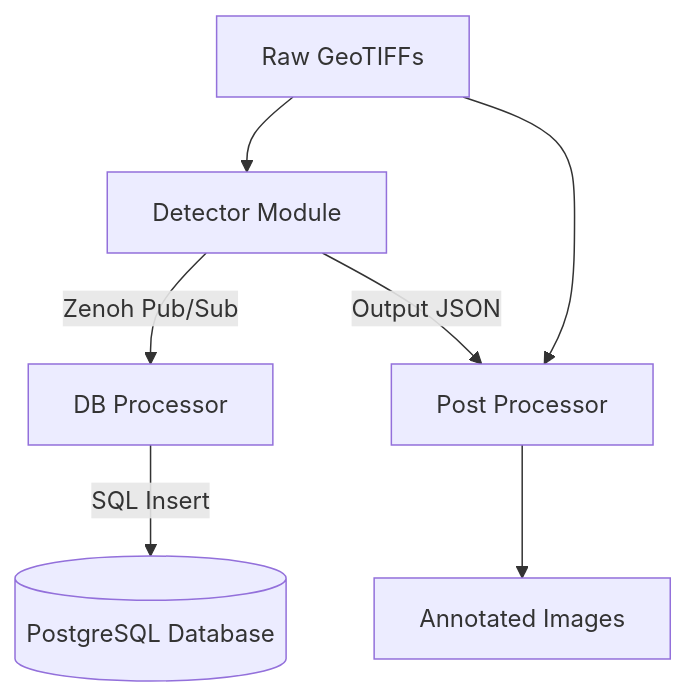
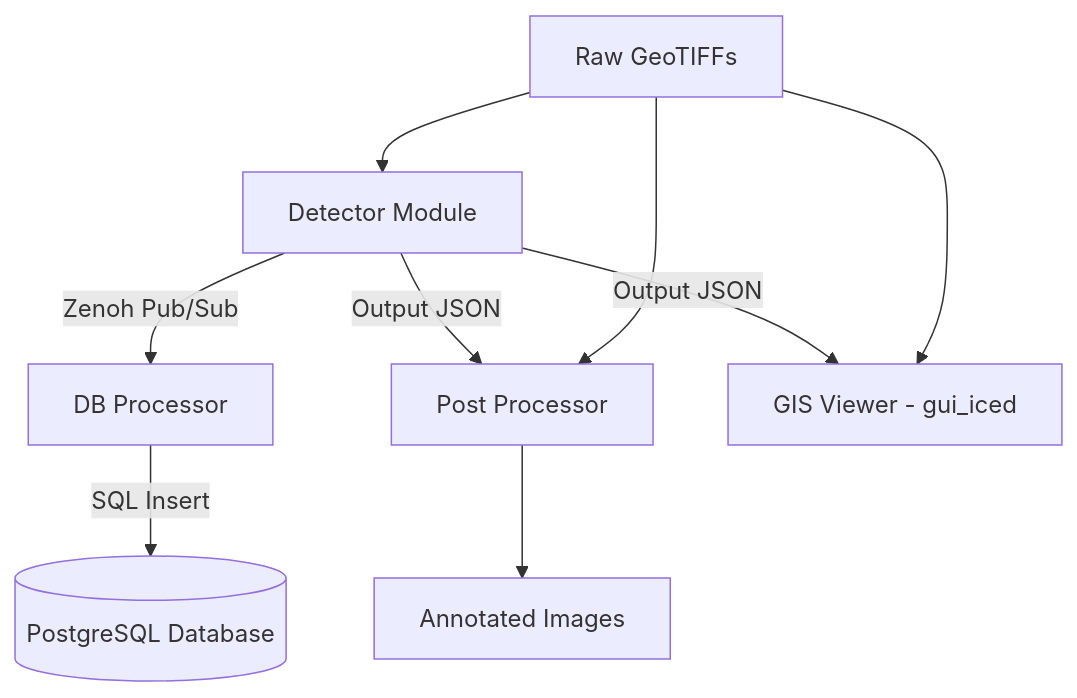
The diagram in readme.md (shatadalsamui/SAMDEF), drawn with Mermaid before and after one commit. The commit also changed other lines of this file and 2 other files, not shown here.

Commit message:
added fully functioning gui for the the detector

````diff
--- a/readme.md
+++ b/readme.md
@@ -187,9 +203,11 @@
 ```mermaid
 flowchart TD
     A[Raw GeoTIFFs] --> B[Detector Module]
     B -->|Zenoh Pub/Sub| C[DB Processor]
     C -->|SQL Insert| D[(PostgreSQL Database)]
     B -->|Output JSON| E[Post Processor]
     A --> E
     E --> F[Annotated Images]
+    B -->|Output JSON| G[GIS Viewer - gui_iced]
+    A --> G
 ```
````
